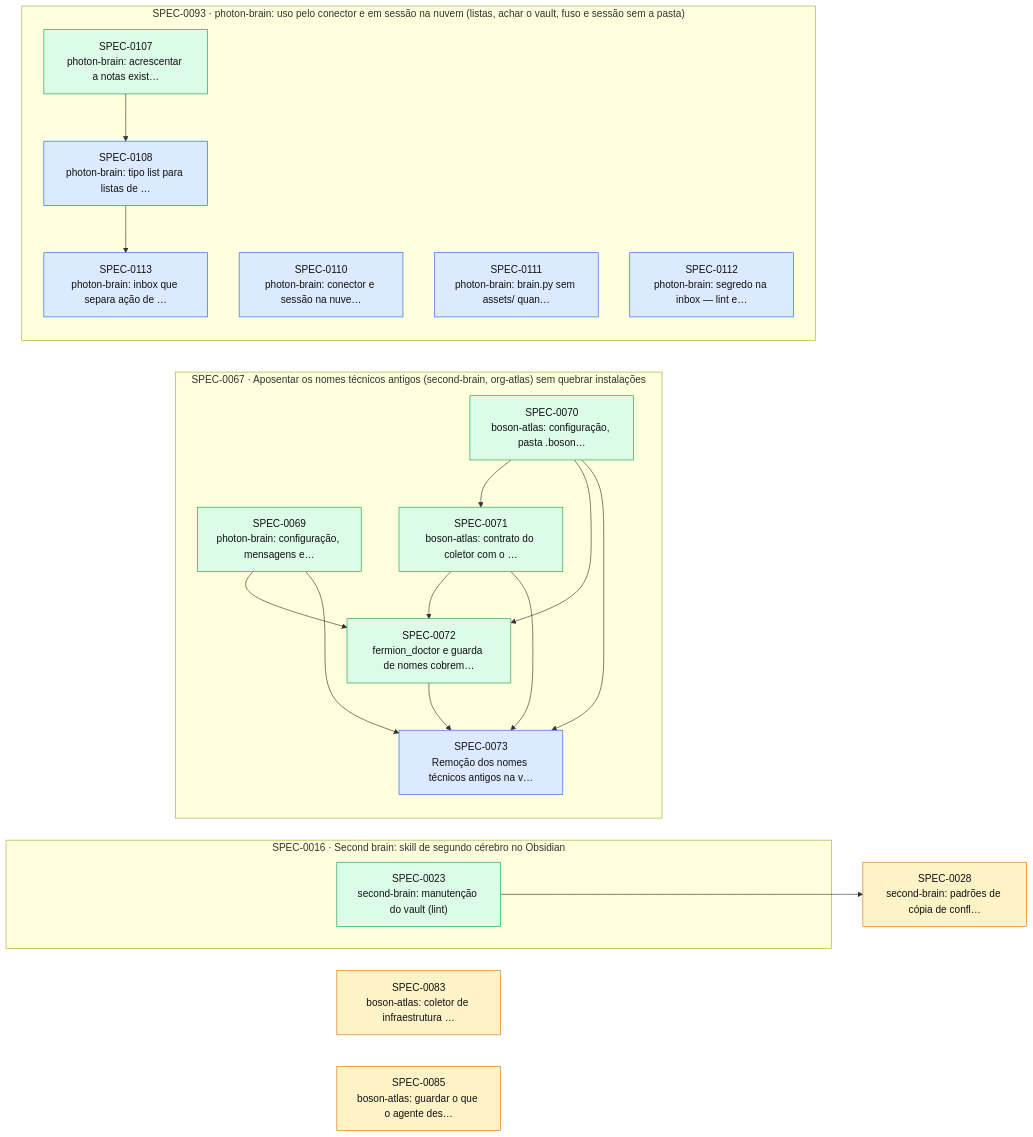
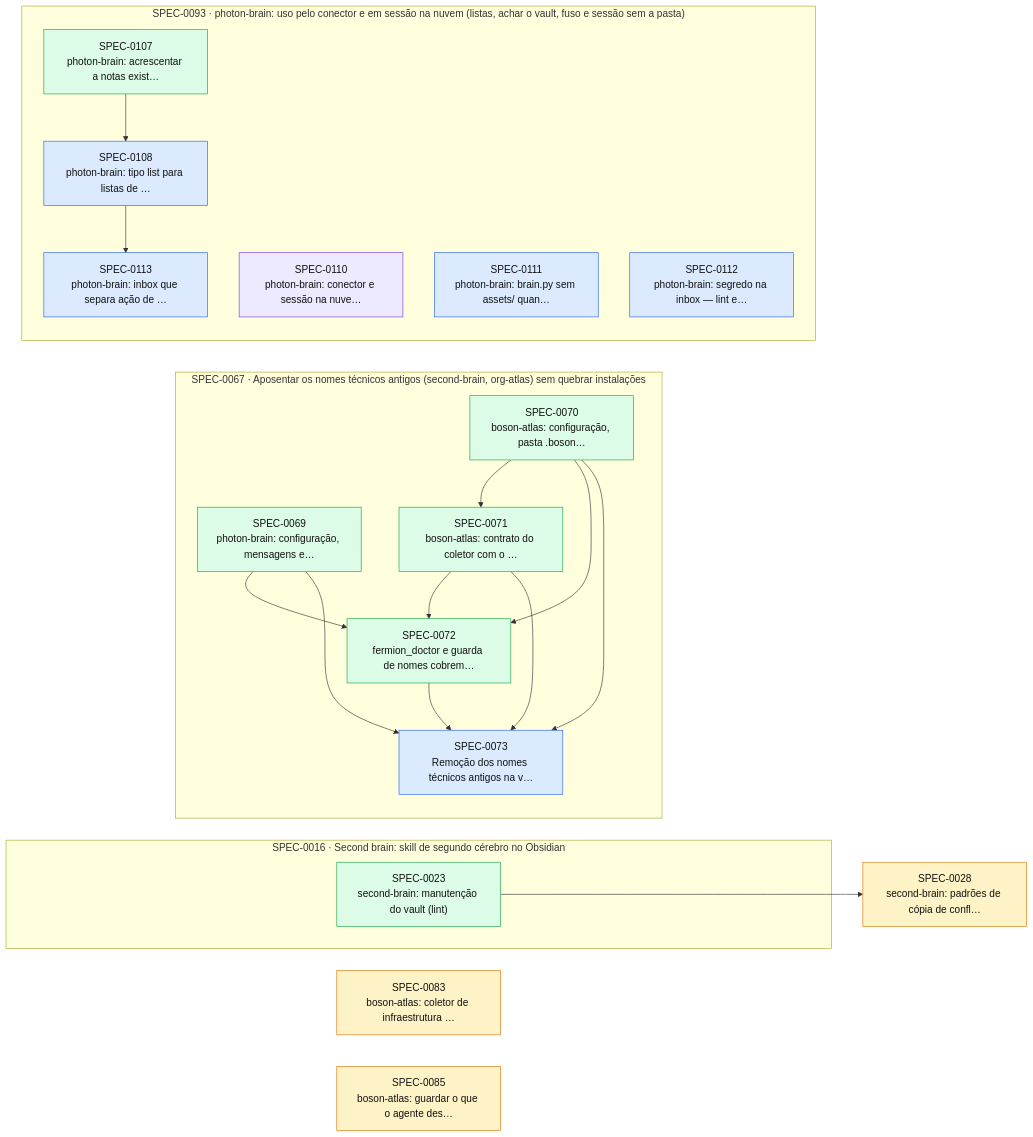
Before and after one commit to thomasravache/ai-dev-brain: the diagram in docs/specs/INDEX.md, drawn with Mermaid. The commit also changed other lines of this file and 1 other file, not shown here.

First line of the commit message:
docs(specs): inicia a SPEC-0110

````diff
--- a/docs/specs/INDEX.md
+++ b/docs/specs/INDEX.md
@@ -70,40 +70,40 @@
 ```mermaid
 flowchart LR
   S0028["SPEC-0028<br/>second-brain: padrões de cópia de confl…"]:::proposed
   S0083["SPEC-0083<br/>boson-atlas: coletor de infraestrutura …"]:::proposed
   S0085["SPEC-0085<br/>boson-atlas: guardar o que o agente des…"]:::proposed
   subgraph E0016["SPEC-0016 · Second brain: skill de segundo cérebro no Obsidian"]
     S0023["SPEC-0023<br/>second-brain: manutenção do vault (lint)"]:::implemented
   end
   subgraph E0067["SPEC-0067 · Aposentar os nomes técnicos antigos (second-brain, org-atlas) sem quebrar instalações"]
     S0069["SPEC-0069<br/>photon-brain: configuração, mensagens e…"]:::implemented
     S0070["SPEC-0070<br/>boson-atlas: configuração, pasta .boson…"]:::implemented
     S0071["SPEC-0071<br/>boson-atlas: contrato do coletor com o …"]:::implemented
     S0072["SPEC-0072<br/>fermion_doctor e guarda de nomes cobrem…"]:::implemented
     S0073["SPEC-0073<br/>Remoção dos nomes técnicos antigos na v…"]:::approved
   end
   subgraph E0093["SPEC-0093 · photon-brain: uso pelo conector e em sessão na nuvem (listas, achar o vault, fuso e sessão sem a pasta)"]
     S0107["SPEC-0107<br/>photon-brain: acrescentar a notas exist…"]:::implemented
     S0108["SPEC-0108<br/>photon-brain: tipo list para listas de …"]:::approved
-    S0110["SPEC-0110<br/>photon-brain: conector e sessão na nuve…"]:::approved
+    S0110["SPEC-0110<br/>photon-brain: conector e sessão na nuve…"]:::inprogress
     S0111["SPEC-0111<br/>photon-brain: brain.py sem assets/ quan…"]:::approved
     S0112["SPEC-0112<br/>photon-brain: segredo na inbox — lint e…"]:::approved
     S0113["SPEC-0113<br/>photon-brain: inbox que separa ação de …"]:::approved
   end
   S0023 --> S0028
   S0070 --> S0071
   S0069 --> S0072
   S0070 --> S0072
   S0071 --> S0072
   S0069 --> S0073
   S0070 --> S0073
   S0071 --> S0073
   S0072 --> S0073
   S0107 --> S0108
   S0108 --> S0113
   classDef proposed fill:#fef3c7,stroke:#d97706,color:#111
   classDef approved fill:#dbeafe,stroke:#2563eb,color:#111
   classDef inprogress fill:#ede9fe,stroke:#7c3aed,color:#111
   classDef implemented fill:#dcfce7,stroke:#16a34a,color:#111
   classDef deprecated fill:#f3f4f6,stroke:#9ca3af,color:#6b7280
 ```
````
